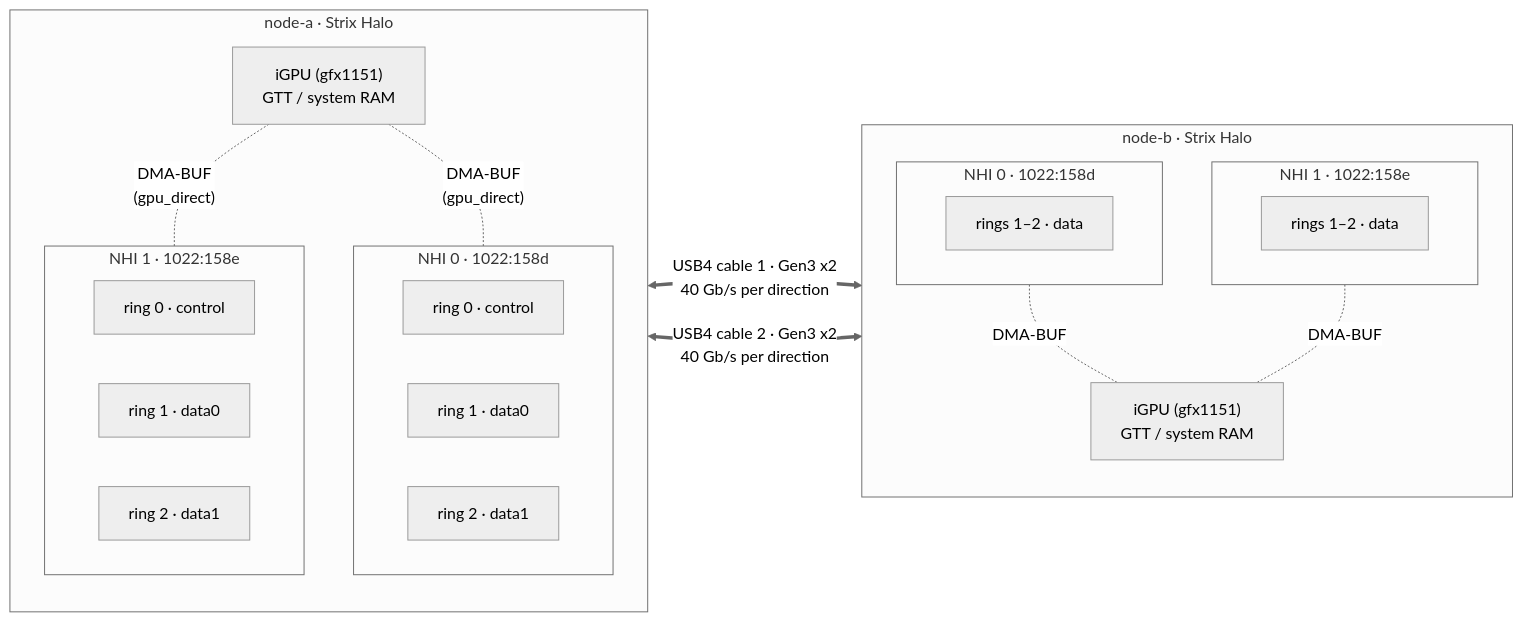
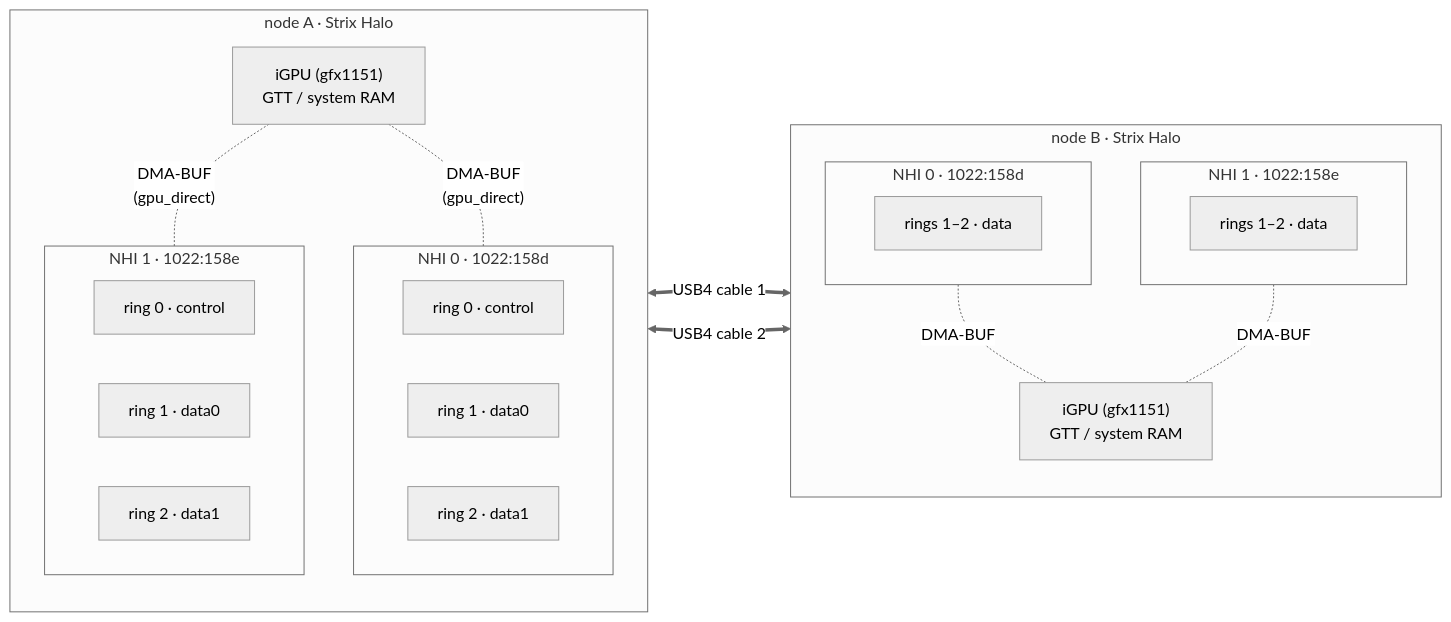
Before and after one commit to hyukudan/strix-halo-usb4-driver: the first of 3 diagrams in README.md, drawn with Mermaid (neutral theme). The commit also changed other lines of this file and 1 other file, not shown here.

````diff
--- a/README.md
+++ b/README.md
@@ -124,33 +57,33 @@
 ```mermaid
 flowchart LR
-    subgraph A["node-a · Strix Halo"]
+    subgraph A["node A · Strix Halo"]
         direction TB
         GA["iGPU (gfx1151)<br/>GTT / system RAM"]
         subgraph NA0["NHI 0 · 1022:158d"]
             A0c["ring 0 · control"]
             A0d1["ring 1 · data0"]
             A0d2["ring 2 · data1"]
         end
         subgraph NA1["NHI 1 · 1022:158e"]
             A1c["ring 0 · control"]
             A1d1["ring 1 · data0"]
             A1d2["ring 2 · data1"]
         end
         GA -. "DMA-BUF<br/>(gpu_direct)" .- NA0
         GA -. "DMA-BUF<br/>(gpu_direct)" .- NA1
     end
-    subgraph B["node-b · Strix Halo"]
+    subgraph B["node B · Strix Halo"]
         direction TB
         subgraph NB0["NHI 0 · 1022:158d"]
             B0d["rings 1–2 · data"]
         end
         subgraph NB1["NHI 1 · 1022:158e"]
             B1d["rings 1–2 · data"]
         end
         GB["iGPU (gfx1151)<br/>GTT / system RAM"]
         NB0 -. DMA-BUF .- GB
         NB1 -. DMA-BUF .- GB
     end
-    NA0 <== "USB4 cable 1 · Gen3 x2<br/>40 Gb/s per direction" ==> NB1
-    NA1 <== "USB4 cable 2 · Gen3 x2<br/>40 Gb/s per direction" ==> NB0
+    NA0 <== "USB4 cable 1" ==> NB1
+    NA1 <== "USB4 cable 2" ==> NB0
 ```
````
